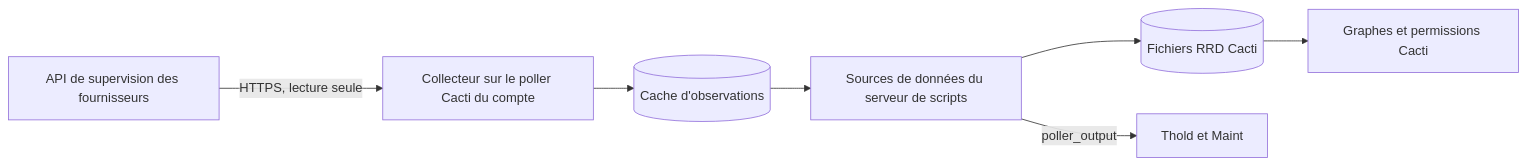
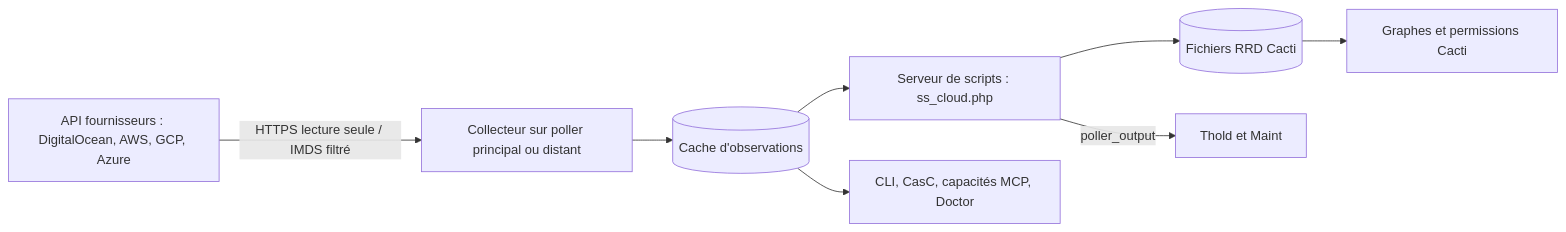
Before and after one commit to somethingwithproof/plugin_cloud: the diagram in docs/i18n/fr-FR/README.md, drawn with Mermaid. The commit also changed other lines of this file and 48 other files, not shown here.

First line of the commit message:
docs(readme): document AWS, GCP, Azure drivers, remote collectors, and ecosystem hooks

````diff
--- a/docs/i18n/fr-FR/README.md
+++ b/docs/i18n/fr-FR/README.md
@@ -110,9 +148,10 @@
 ```mermaid
 flowchart LR
-    API[API de supervision des fournisseurs] -->|HTTPS, lecture seule| C[Collecteur sur le poller Cacti du compte]
+    API[API fournisseurs : DigitalOcean, AWS, GCP, Azure] -->|HTTPS lecture seule / IMDS filtré| C[Collecteur sur poller principal ou distant]
     C --> O[(Cache d'observations)]
-    O --> SS[Sources de données du serveur de scripts]
+    O --> SS[Serveur de scripts : ss_cloud.php]
     SS --> RRD[(Fichiers RRD Cacti)]
     SS -->|poller_output| T[Thold et Maint]
     RRD --> G[Graphes et permissions Cacti]
+    O --> ECO[CLI, CasC, capacités MCP, Doctor]
 ```
````
